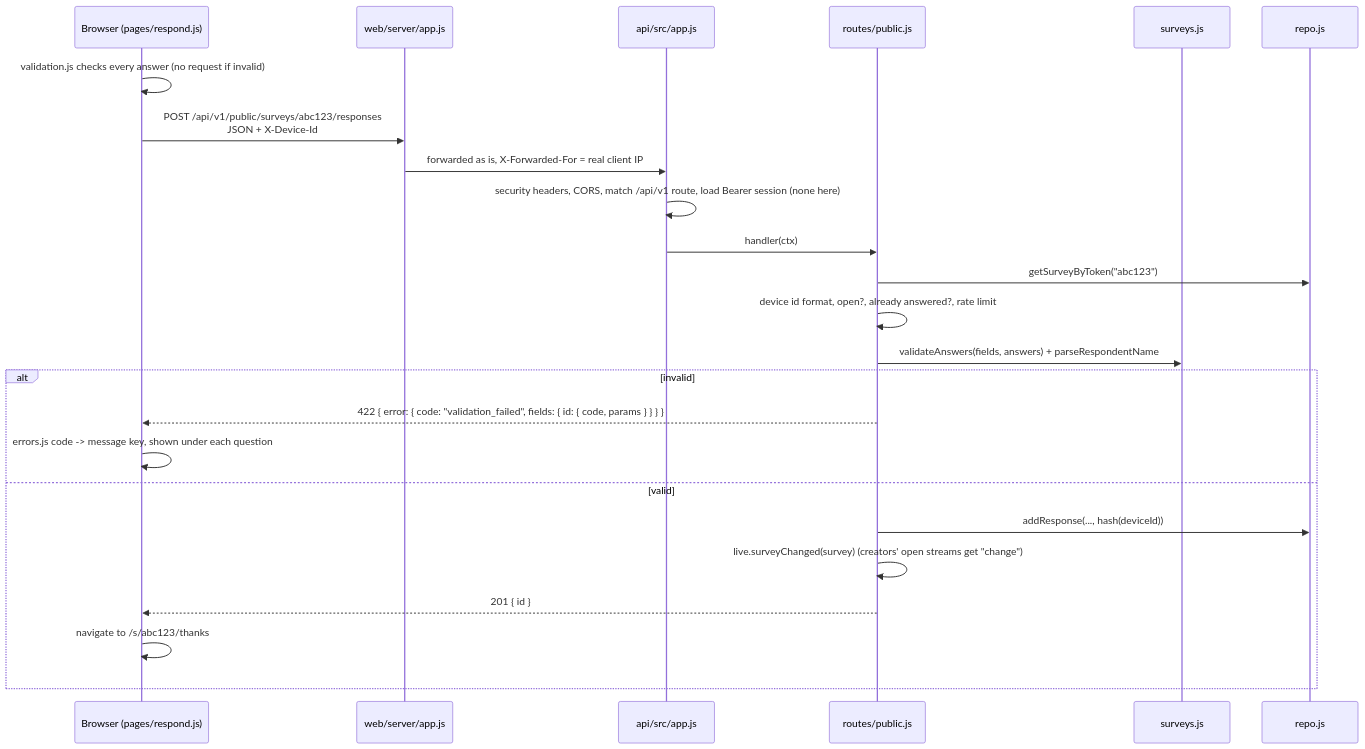
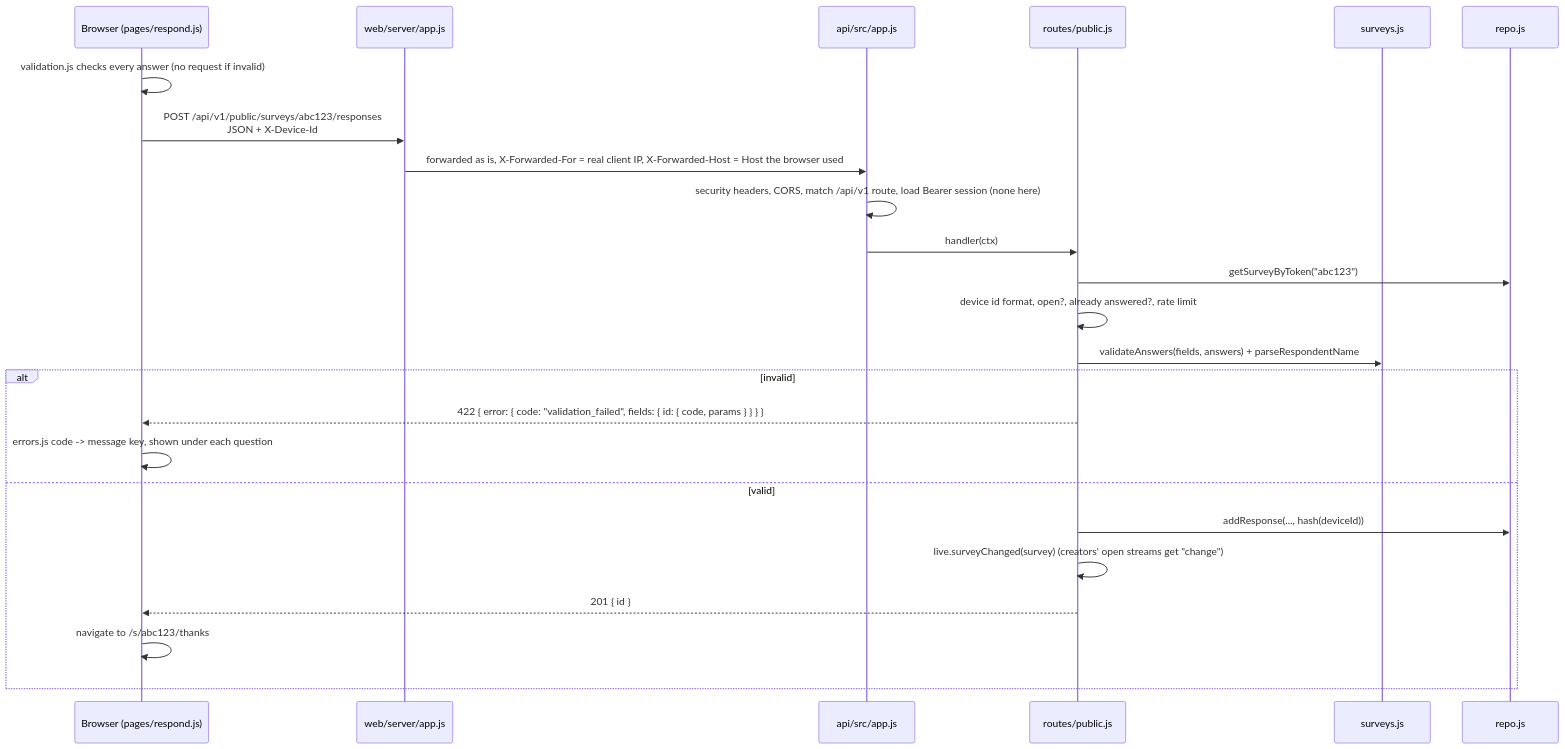
The first of 3 diagrams in CODE_GUIDE.md (yendri404/survery), drawn with Mermaid before and after one commit. The commit also changed other lines of this file and 11 other files, not shown here.

Commit message:
fix: build share links from the address the browser used when WEB_BASE_URL is unset

````diff
--- a/CODE_GUIDE.md
+++ b/CODE_GUIDE.md
@@ -116,27 +116,27 @@
 ```mermaid
 sequenceDiagram
     participant B as Browser (pages/respond.js)
     participant W as web/server/app.js
     participant A as api/src/app.js
     participant R as routes/public.js
     participant D as surveys.js
     participant P as repo.js
 
     B->>B: validation.js checks every answer (no request if invalid)
     B->>W: POST /api/v1/public/surveys/abc123/responses<br/>JSON + X-Device-Id
-    W->>A: forwarded as is, X-Forwarded-For = real client IP
+    W->>A: forwarded as is, X-Forwarded-For = real client IP, X-Forwarded-Host = Host the browser used
     A->>A: security headers, CORS, match /api/v1 route, load Bearer session (none here)
     A->>R: handler(ctx)
     R->>P: getSurveyByToken("abc123")
     R->>R: device id format, open?, already answered?, rate limit
     R->>D: validateAnswers(fields, answers) + parseRespondentName
     alt invalid
         R-->>B: 422 { error: { code: "validation_failed", fields: { id: { code, params } } } }
         B->>B: errors.js code -> message key, shown under each question
     else valid
         R->>P: addResponse(..., hash(deviceId))
         R->>R: live.surveyChanged(survey)  (creators' open streams get "change")
         R-->>B: 201 { id }
         B->>B: navigate to /s/abc123/thanks
     end
 ```
````
